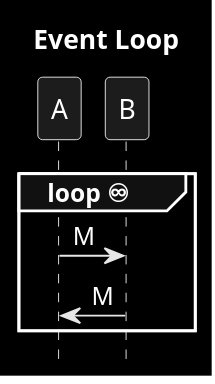
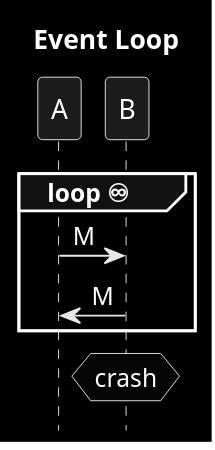
The diagram in patterns/9_storm_loop.puml (victorrentea/kafka), drawn with PlantUML before and after one commit. The commit also changed 43 other files, not shown here.

```diff
--- a/patterns/9_storm_loop.puml
+++ b/patterns/9_storm_loop.puml
@@ -1,11 +1,12 @@
 @startuml
 title Event Loop
 hide footbox
 skinparam monochrome reverse
 
 group loop ♾
     A->B: M
     B->A: M
 end
+hnote over B: crash
 
 @enduml
```
